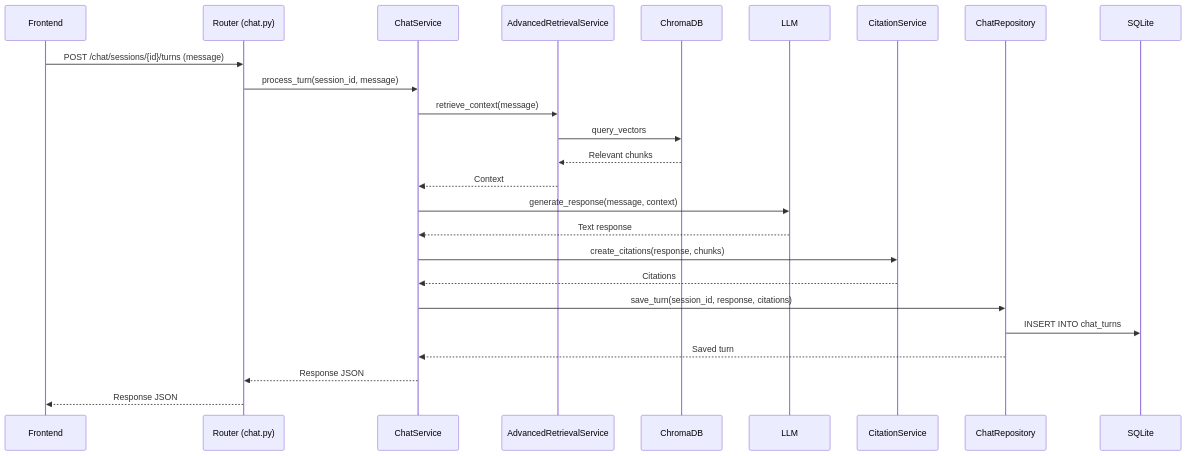
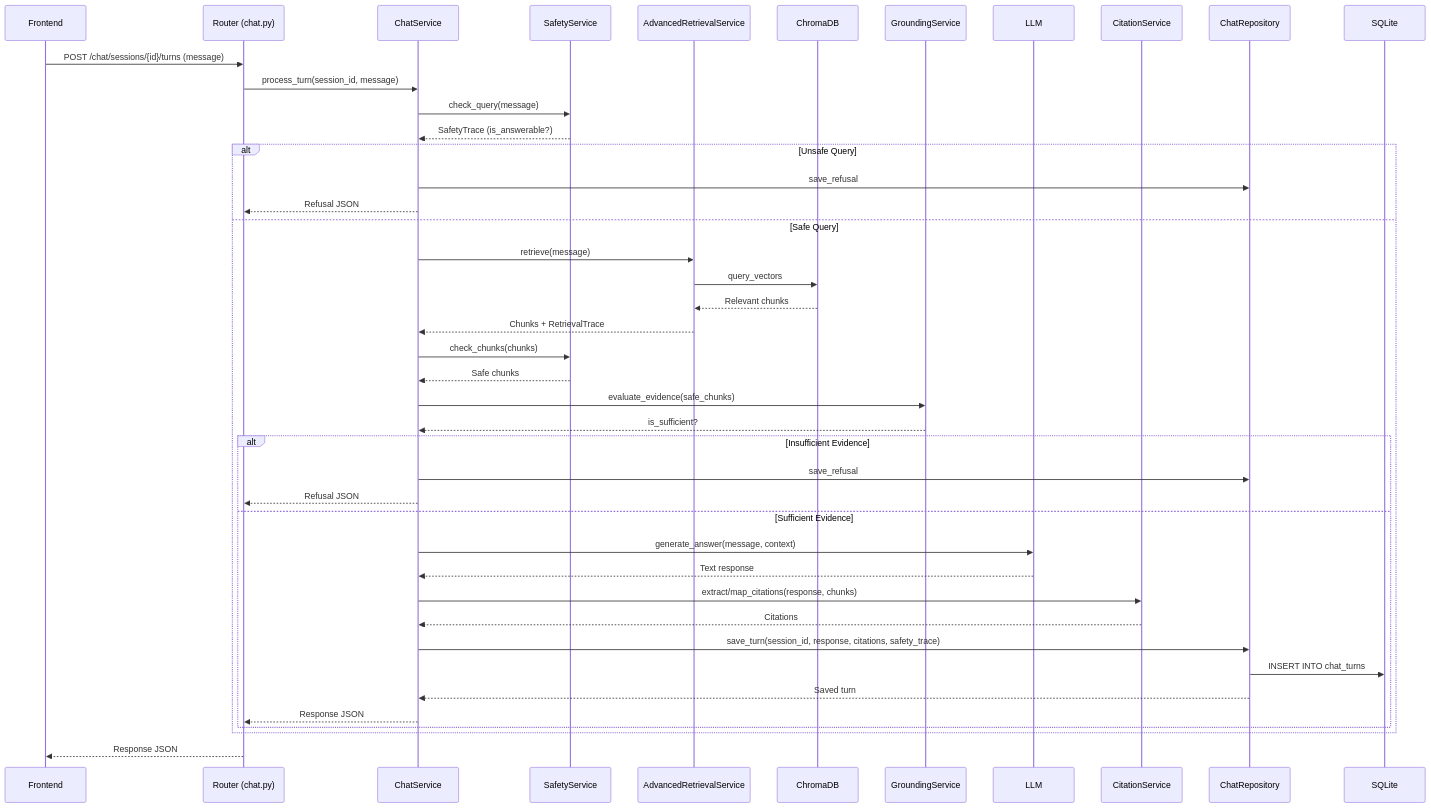
One commit to thaihai-swe/chatbot-with-data changed the diagram in docs/digrams/api/submit-chat-turn.md. Above: the diagram before and after it, drawn with Mermaid. The commit also changed 26 other files, not shown here.

````diff
--- a/docs/digrams/api/submit-chat-turn.md
+++ b/docs/digrams/api/submit-chat-turn.md
@@ -3,28 +3,52 @@
 ```mermaid
 sequenceDiagram
     participant Frontend
     participant Router as Router (chat.py)
     participant ChatService
+    participant SafetyService
     participant AdvancedRetrievalService
     participant ChromaDB
+    participant GroundingService
     participant LLM
     participant CitationService
     participant ChatRepository
     participant SQLite
     
     Frontend->>Router: POST /chat/sessions/{id}/turns (message)
     Router->>ChatService: process_turn(session_id, message)
-    ChatService->>AdvancedRetrievalService: retrieve_context(message)
-    AdvancedRetrievalService->>ChromaDB: query_vectors
-    ChromaDB-->>AdvancedRetrievalService: Relevant chunks
-    AdvancedRetrievalService-->>ChatService: Context
-    ChatService->>LLM: generate_response(message, context)
-    LLM-->>ChatService: Text response
-    ChatService->>CitationService: create_citations(response, chunks)
-    CitationService-->>ChatService: Citations
-    ChatService->>ChatRepository: save_turn(session_id, response, citations)
-    ChatRepository->>SQLite: INSERT INTO chat_turns
-    ChatRepository-->>ChatService: Saved turn
-    ChatService-->>Router: Response JSON
+    
+    ChatService->>SafetyService: check_query(message)
+    SafetyService-->>ChatService: SafetyTrace (is_answerable?)
+    
+    alt Unsafe Query
+        ChatService->>ChatRepository: save_refusal
+        ChatService-->>Router: Refusal JSON
+    else Safe Query
+        ChatService->>AdvancedRetrievalService: retrieve(message)
+        AdvancedRetrievalService->>ChromaDB: query_vectors
+        ChromaDB-->>AdvancedRetrievalService: Relevant chunks
+        AdvancedRetrievalService-->>ChatService: Chunks + RetrievalTrace
+        
+        ChatService->>SafetyService: check_chunks(chunks)
+        SafetyService-->>ChatService: Safe chunks
+        
+        ChatService->>GroundingService: evaluate_evidence(safe_chunks)
+        GroundingService-->>ChatService: is_sufficient?
+        
+        alt Insufficient Evidence
+            ChatService->>ChatRepository: save_refusal
+            ChatService-->>Router: Refusal JSON
+        else Sufficient Evidence
+            ChatService->>LLM: generate_answer(message, context)
+            LLM-->>ChatService: Text response
+            ChatService->>CitationService: extract/map_citations(response, chunks)
+            CitationService-->>ChatService: Citations
+            ChatService->>ChatRepository: save_turn(session_id, response, citations, safety_trace)
+            ChatRepository->>SQLite: INSERT INTO chat_turns
+            ChatRepository-->>ChatService: Saved turn
+            ChatService-->>Router: Response JSON
+        end
+    end
+    
     Router-->>Frontend: Response JSON
 ```
````
